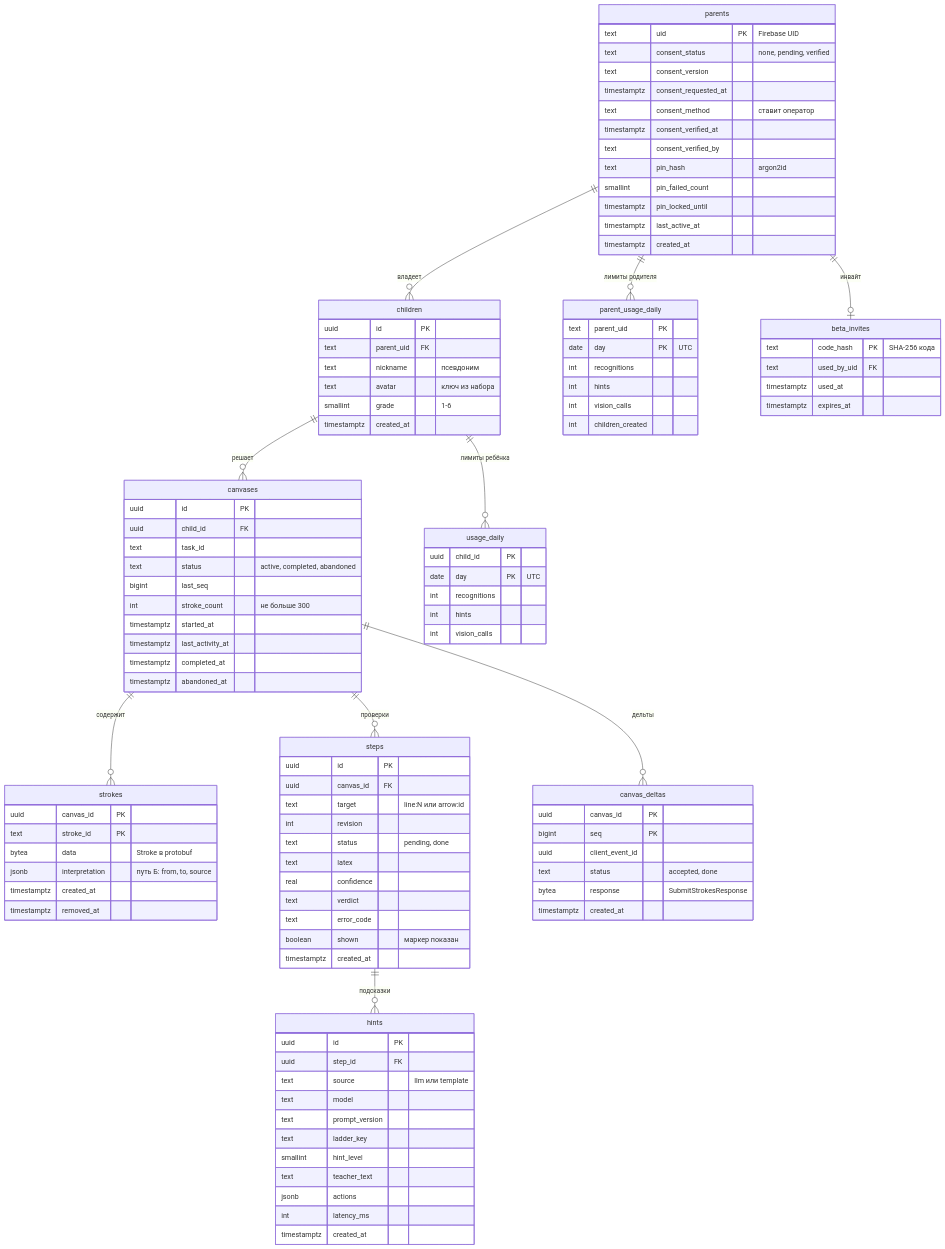
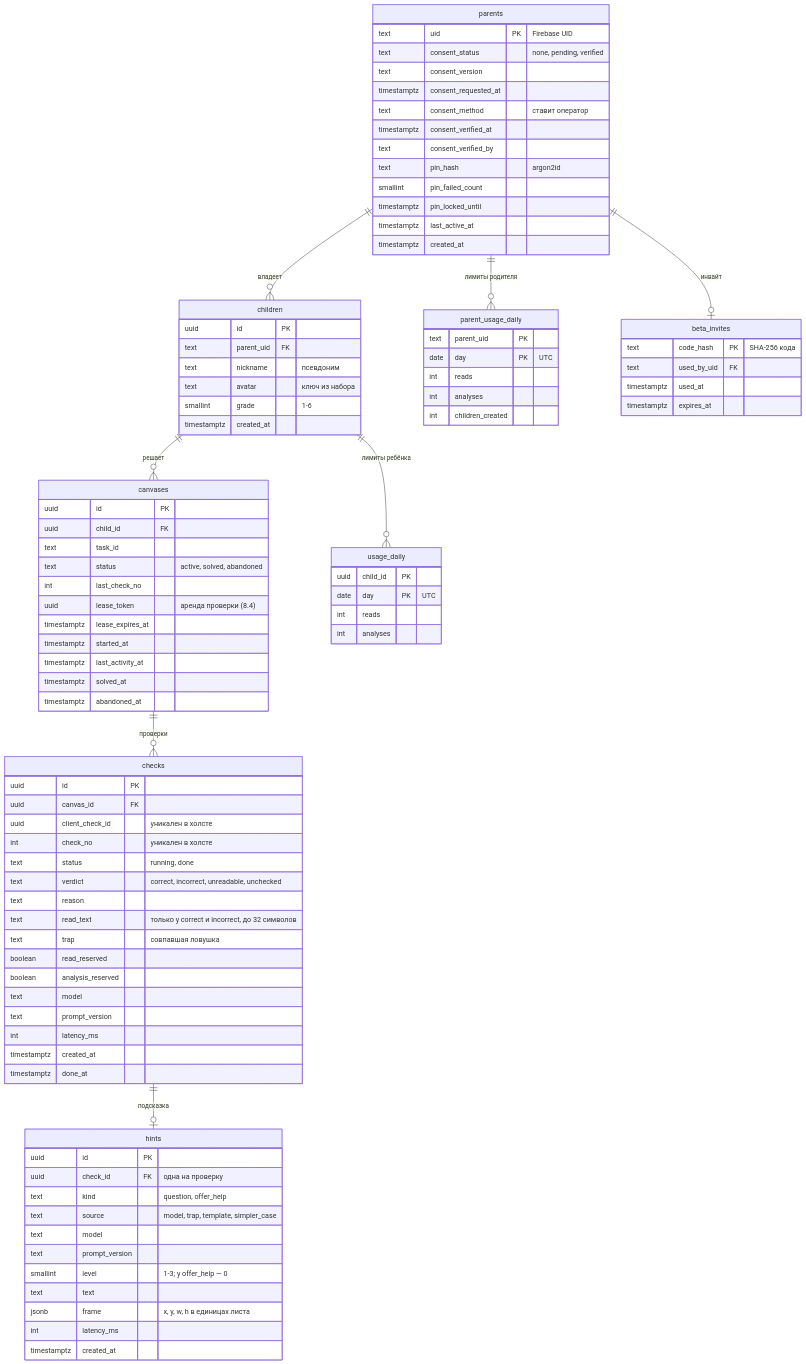
One commit to MathTrail/canvas-api changed the eighth of 8 diagrams in docs/spec.md. Above: the diagram before and after it, drawn with Mermaid. The commit also changed other lines of this file and 21 other files, not shown here.

````diff
--- a/docs/spec.md
+++ b/docs/spec.md
@@ -1479,12 +1467,10 @@
 erDiagram
     parents ||--o{ children : "владеет"
     children ||--o{ canvases : "решает"
-    canvases ||--o{ strokes : "содержит"
-    canvases ||--o{ steps : "проверки"
-    steps ||--o{ hints : "подсказки"
+    canvases ||--o{ checks : "проверки"
+    checks ||--o| hints : "подсказка"
     children ||--o{ usage_daily : "лимиты ребёнка"
     parents ||--o{ parent_usage_daily : "лимиты родителя"
-    canvases ||--o{ canvas_deltas : "дельты"
     parents ||--o| beta_invites : "инвайт"
 
     parents {
@@ -1510,18 +1496,9 @@
     parent_usage_daily {
         text parent_uid PK
         date day PK "UTC"
-        int recognitions
-        int hints
-        int vision_calls
+        int reads
+        int analyses
         int children_created
-    }
-    canvas_deltas {
-        uuid canvas_id PK
-        bigint seq PK
-        uuid client_event_id
-        text status "accepted, done"
-        bytea response "SubmitStrokesResponse"
-        timestamptz created_at
     }
     children {
         uuid id PK
@@ -1535,53 +1512,50 @@
         uuid id PK
         uuid child_id FK
         text task_id
-        text status "active, completed, abandoned"
-        bigint last_seq
-        int stroke_count "не больше 300"
+        text status "active, solved, abandoned"
+        int last_check_no
+        uuid lease_token "аренда проверки (8.4)"
+        timestamptz lease_expires_at
         timestamptz started_at
         timestamptz last_activity_at
-        timestamptz completed_at
+        timestamptz solved_at
         timestamptz abandoned_at
     }
-    strokes {
-        uuid canvas_id PK
-        text stroke_id PK
-        bytea data "Stroke в protobuf"
-        jsonb interpretation "путь Б: from, to, source"
-        timestamptz created_at
-        timestamptz removed_at
-    }
-    steps {
+    checks {
         uuid id PK
         uuid canvas_id FK
-        text target "line:N или arrow:id"
-        int revision
-        text status "pending, done"
-        text latex
-        real confidence
-        text verdict
-        text error_code
-        boolean shown "маркер показан"
+        uuid client_check_id "уникален в холсте"
+        int check_no "уникален в холсте"
+        text status "running, done"
+        text verdict "correct, incorrect, unreadable, unchecked"
+        text reason
+        text read_text "только у correct и incorrect, до 32 символов"
+        text trap "совпавшая ловушка"
+        boolean read_reserved
+        boolean analysis_reserved
+        text model
+        text prompt_version
+        int latency_ms
         timestamptz created_at
+        timestamptz done_at
     }
     hints {
         uuid id PK
-        uuid step_id FK
-        text source "llm или template"
+        uuid check_id FK "одна на проверку"
+        text kind "question, offer_help"
+        text source "model, trap, template, simpler_case"
         text model
         text prompt_version
-        text ladder_key
-        smallint hint_level
-        text teacher_text
-        jsonb actions
+        smallint level "1-3; у offer_help — 0"
+        text text
+        jsonb frame "x, y, w, h в единицах листа"
         int latency_ms
         timestamptz created_at
     }
     usage_daily {
         uuid child_id PK
         date day PK "UTC"
-        int recognitions
-        int hints
-        int vision_calls
+        int reads
+        int analyses
     }
 ```
````
